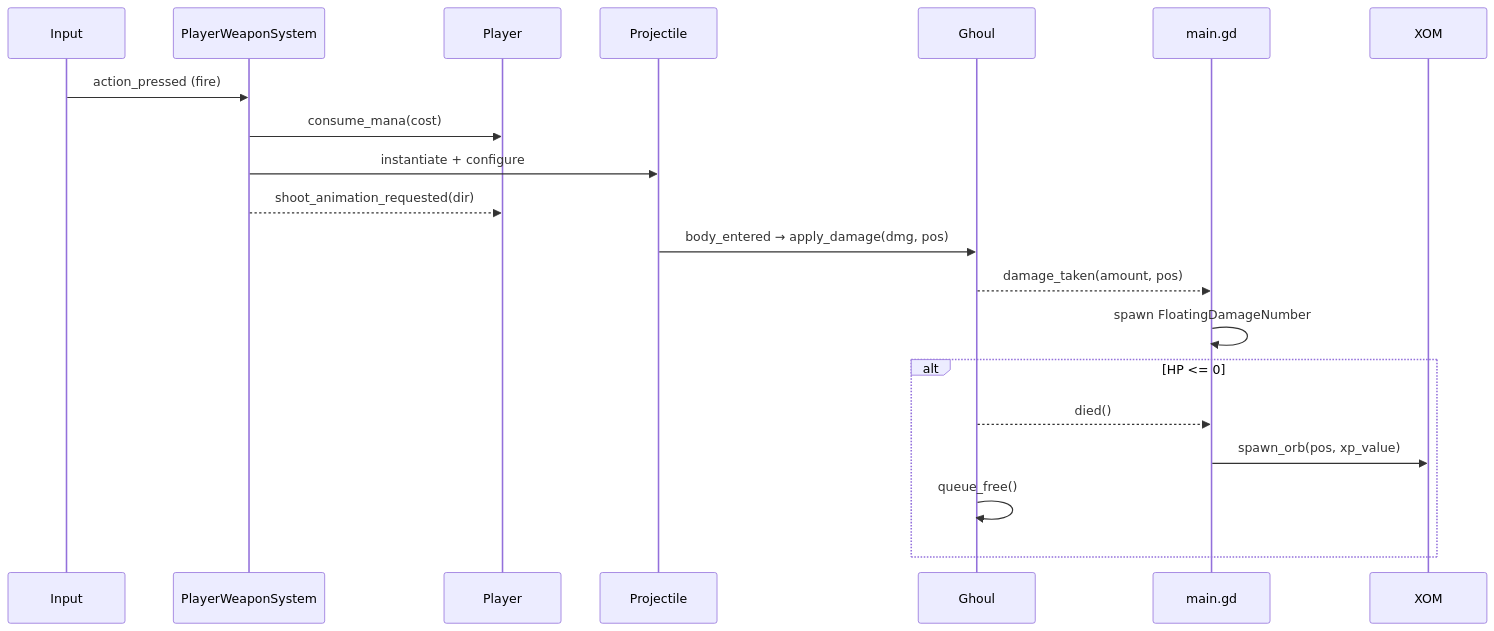
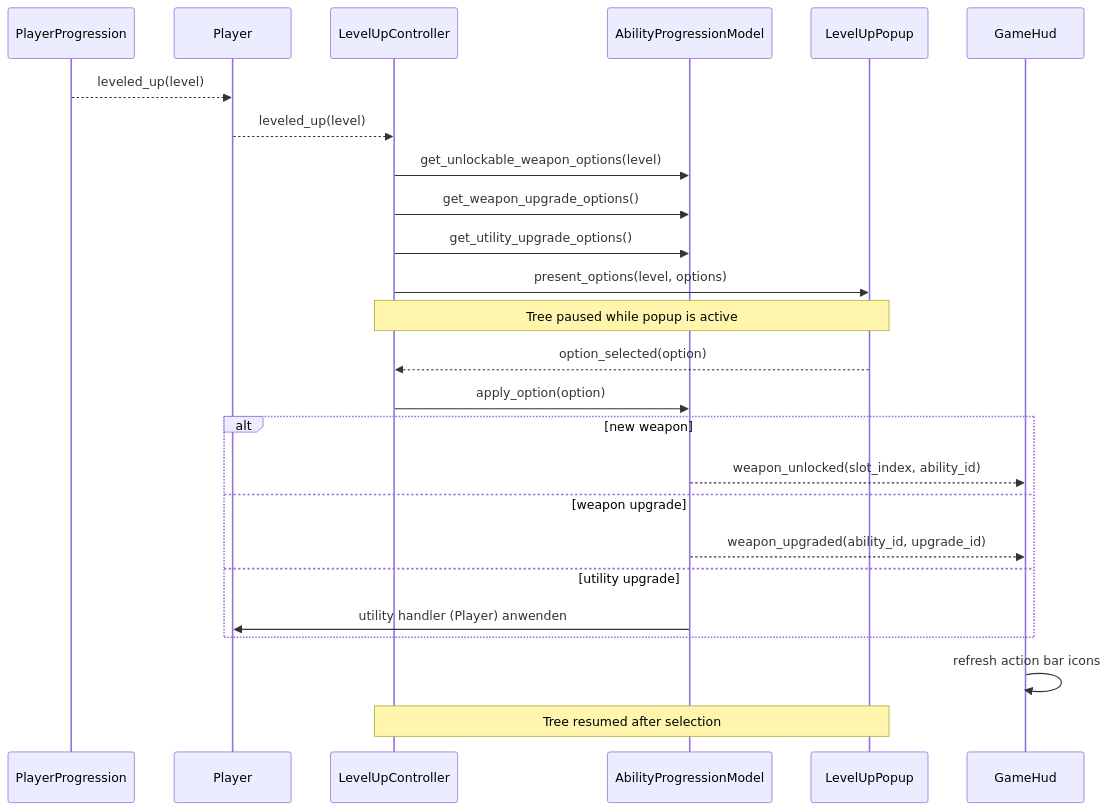
Before and after one commit to mp1707/godot-survivors-game: the fourth of 5 diagrams in ARCHITECTURE.md, drawn with Mermaid. The commit also changed other lines of this file and 5 other files, not shown here.

Commit message:
refactor: update architecture documentation, fix enemy spawning logic, and standardize level-up option parameter naming.

````diff
--- a/ARCHITECTURE.md
+++ b/ARCHITECTURE.md
@@ -178,24 +195,31 @@
 ```mermaid
 sequenceDiagram
-    participant IN as Input
-    participant PWS as PlayerWeaponSystem
+    participant PP as PlayerProgression
     participant P as Player
-    participant PROJ as Projectile
-    participant G as Ghoul
-    participant MAIN as main.gd
+    participant LUC as LevelUpController
+    participant APM as AbilityProgressionModel
+    participant LUP as LevelUpPopup
+    participant HUD as GameHud
 
-    IN->>PWS: action_pressed (fire)
-    PWS->>P: consume_mana(cost)
-    PWS->>PROJ: instantiate + configure
-    PWS-->>P: shoot_animation_requested(dir)
+    PP-->>P: leveled_up(level)
+    P-->>LUC: leveled_up(level)
+    LUC->>APM: get_unlockable_weapon_options(level)
+    LUC->>APM: get_weapon_upgrade_options()
+    LUC->>APM: get_utility_upgrade_options()
+    LUC->>LUP: present_options(level, options)
+    Note over LUC,LUP: Tree paused while popup is active
 
-    PROJ->>G: body_entered → apply_damage(dmg, pos)
-    G-->>MAIN: damage_taken(amount, pos)
-    MAIN->>MAIN: spawn FloatingDamageNumber
+    LUP-->>LUC: option_selected(option)
+    LUC->>APM: apply_option(option)
 
-    alt HP <= 0
-        G-->>MAIN: died()
-        MAIN->>XOM: spawn_orb(pos, xp_value)
-        G->>G: queue_free()
+    alt new weapon
+        APM-->>HUD: weapon_unlocked(slot_index, ability_id)
+    else weapon upgrade
+        APM-->>HUD: weapon_upgraded(ability_id, upgrade_id)
+    else utility upgrade
+        APM->>P: utility handler (Player) anwenden
     end
+
+    HUD->>HUD: refresh action bar icons
+    Note over LUC,LUP: Tree resumed after selection
 ```
````
